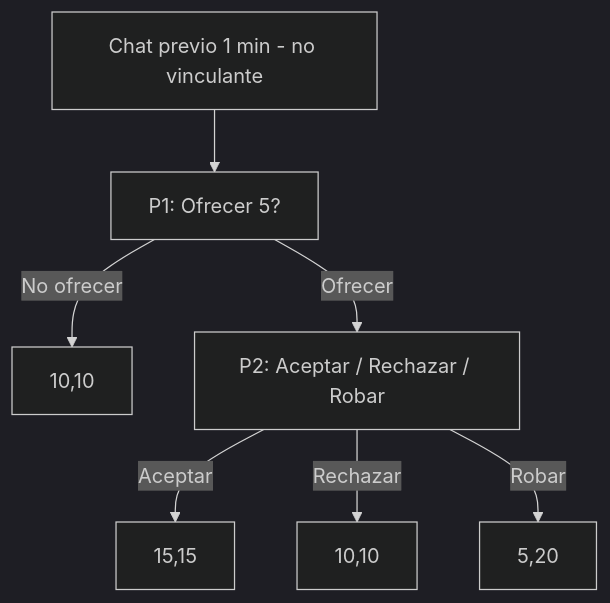
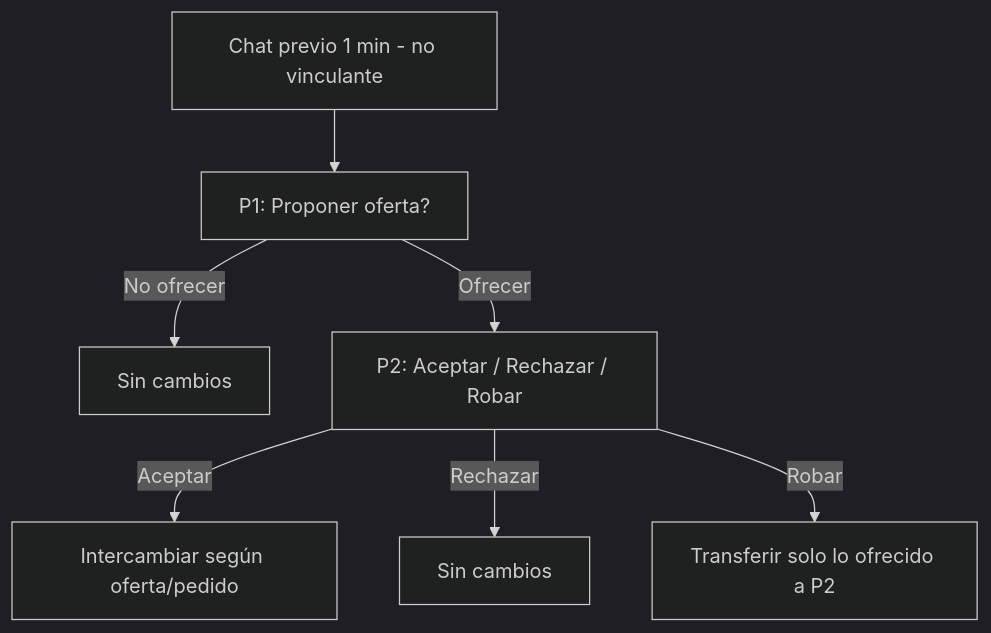
Before and after one commit to josedario87/snatchgame: the ninth of 11 diagrams in game-design-mermaid.md, drawn with Mermaid (dark theme). The commit also changed other lines of this file and 18 other files, not shown here.

````diff
--- a/game-design-mermaid.md
+++ b/game-design-mermaid.md
@@ -200,10 +196,10 @@
 ```mermaid
 %% g5-cheap-talk.mmd
 flowchart TD
-  Pre[Chat previo 1 min - no vinculante] --> A5[P1: Ofrecer 5?]
-  A5 -->|No ofrecer| O1[10,10]
+  Pre[Chat previo 1 min - no vinculante] --> A5[P1: Proponer oferta?]
+  A5 -->|No ofrecer| O1[Sin cambios]
   A5 -->|Ofrecer| B5[P2: Aceptar / Rechazar / Robar]
-  B5 -->|Aceptar| O2[15,15]
-  B5 -->|Rechazar| O3[10,10]
-  B5 -->|Robar| O4[5,20]
+  B5 -->|Aceptar| O2[Intercambiar según oferta/pedido]
+  B5 -->|Rechazar| O3[Sin cambios]
+  B5 -->|Robar| O4[Transferir solo lo ofrecido a P2]
 ```
````
